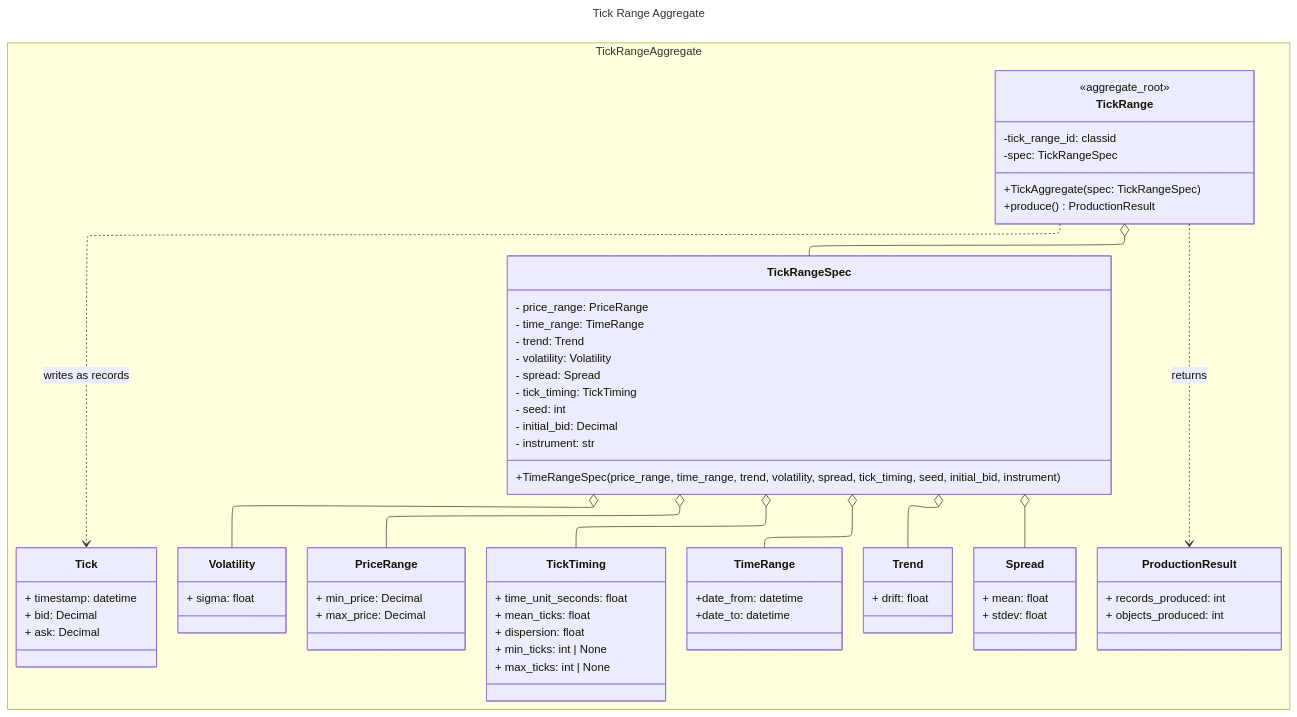
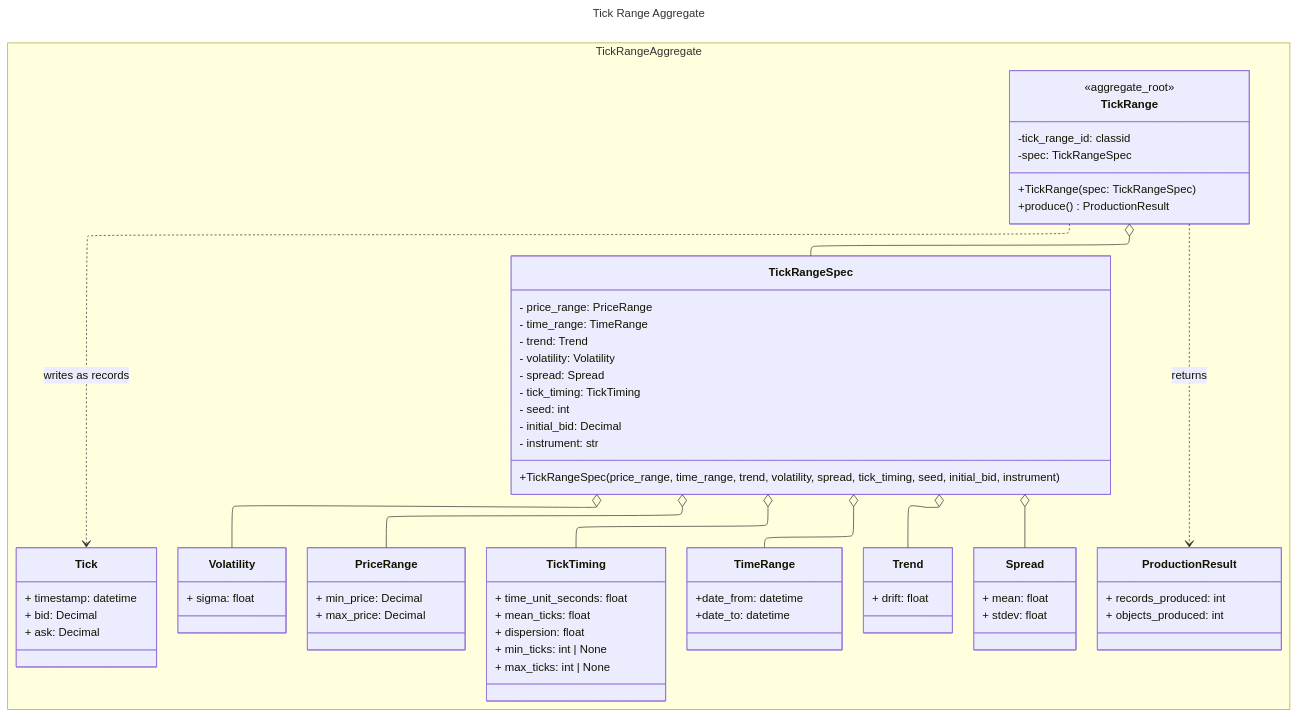
One commit to mchiuminatto/synthetick changed the second of 4 diagrams in docs/design/domain-analysis.md. Above: the diagram before and after it, drawn with Mermaid. The commit also changed other lines of this file, not shown here.

```diff
--- a/docs/design/domain-analysis.md
+++ b/docs/design/domain-analysis.md
@@ -98,7 +98,7 @@
   class TickRange <<aggregate_root>> {
     -tick_range_id: classid
     -spec: TickRangeSpec
-    +TickAggregate(spec: TickRangeSpec)
+    +TickRange(spec: TickRangeSpec)
     +produce() ProductionResult
   }
 
@@ -114,7 +114,7 @@
     - initial_bid: Decimal
     - instrument: str
 
-    +TimeRangeSpec(price_range, time_range, trend, volatility, spread, tick_timing, seed, initial_bid, instrument)
+    +TickRangeSpec(price_range, time_range, trend, volatility, spread, tick_timing, seed, initial_bid, instrument)
   }
 
   class TimeRange{
```
